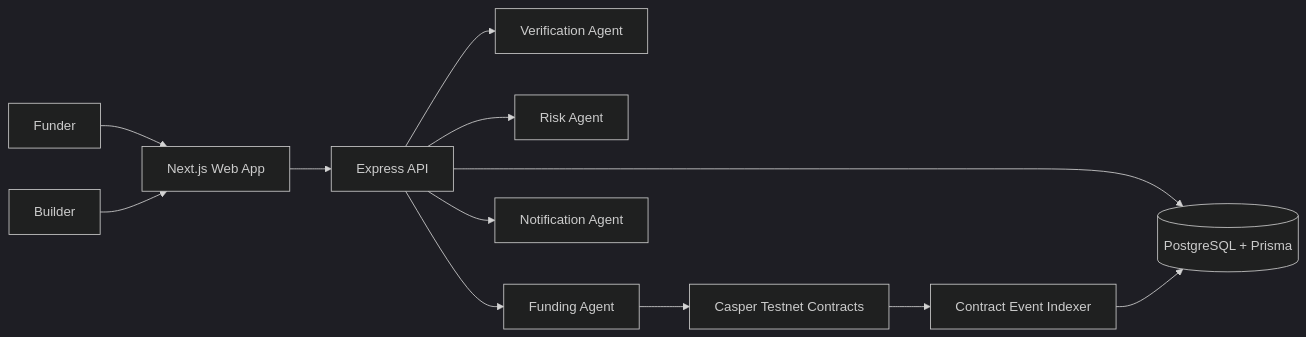
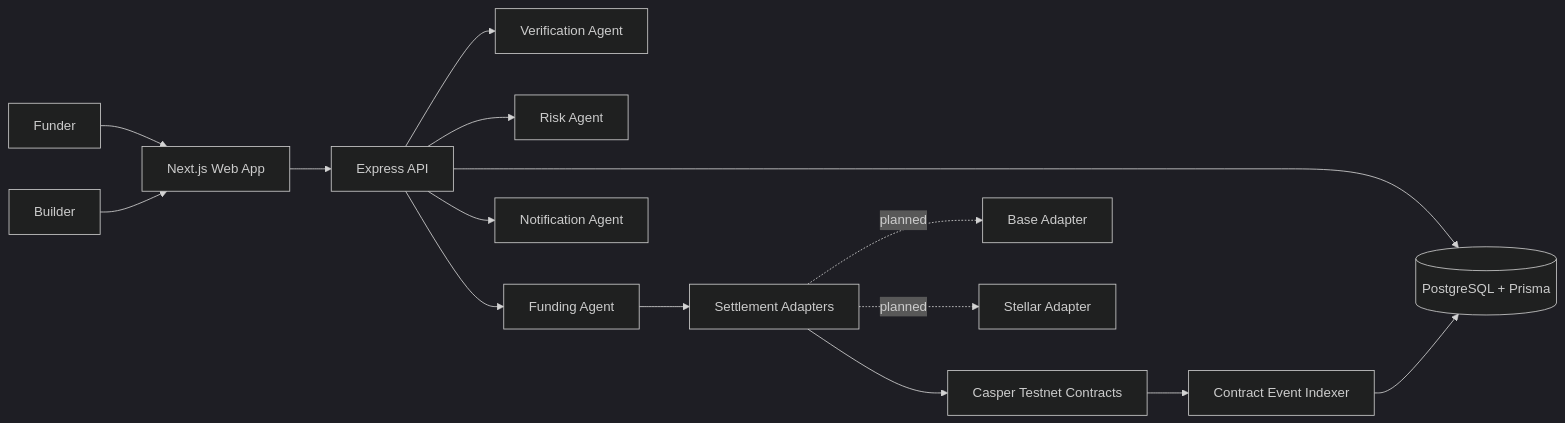
The diagram in ARCHITECTURE.md (pk1427/GrantFlow-Ai), drawn with Mermaid (dark theme) before and after one commit. The commit also changed other lines of this file and 22 other files, not shown here.

````diff
--- a/ARCHITECTURE.md
+++ b/ARCHITECTURE.md
@@ -3,14 +3,17 @@
 ```mermaid
 flowchart LR
   Funder[Funder] --> Web[Next.js Web App]
   Builder[Builder] --> Web
   Web --> API[Express API]
   API --> DB[(PostgreSQL + Prisma)]
   API --> Verify[Verification Agent]
   API --> Risk[Risk Agent]
   API --> Funding[Funding Agent]
-  Funding --> Casper[Casper Testnet Contracts]
+  Funding --> Adapters[Settlement Adapters]
+  Adapters --> Casper[Casper Testnet Contracts]
+  Adapters -. planned .-> Base[Base Adapter]
+  Adapters -. planned .-> Stellar[Stellar Adapter]
   API --> Notify[Notification Agent]
   Casper --> Indexer[Contract Event Indexer]
   Indexer --> DB
 ```
````
